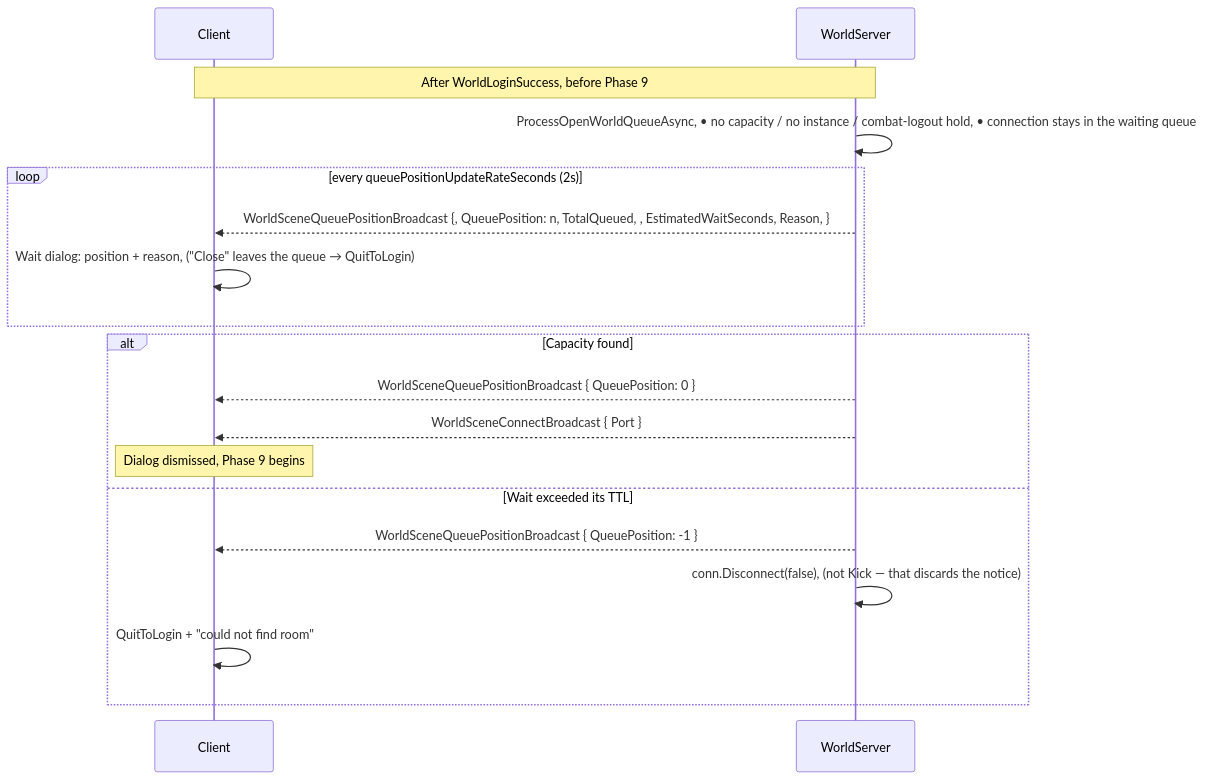
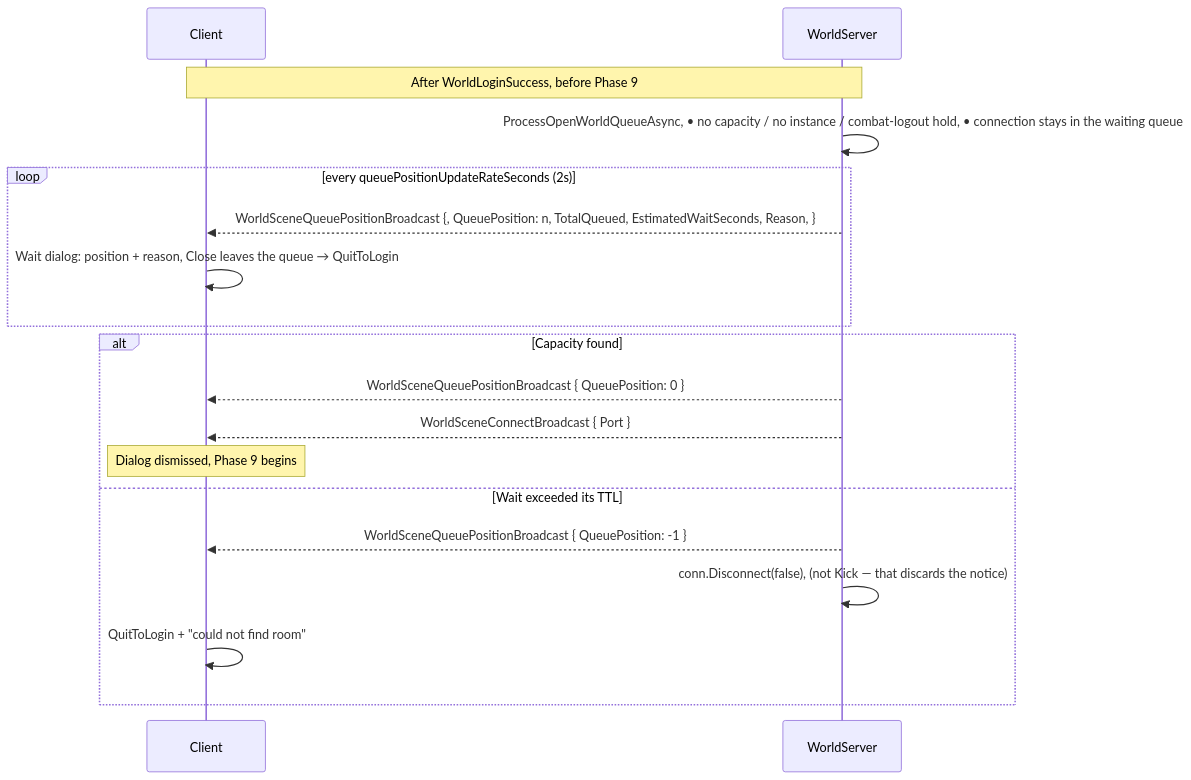
The tenth of 13 diagrams in CONNECTION_PIPELINE.md (jimdroberts/FishMMO), drawn with Mermaid before and after one commit. The commit also changed 27 other files, not shown here.

````diff
--- a/CONNECTION_PIPELINE.md
+++ b/CONNECTION_PIPELINE.md
@@ -573,24 +573,24 @@
 ```mermaid
 sequenceDiagram
     participant Client as Client
     participant World as WorldServer
 
     Note over Client,World: After WorldLoginSuccess, before Phase 9
 
     World->>World: ProcessOpenWorldQueueAsync, • no capacity / no instance / combat-logout hold, • connection stays in the waiting queue
 
     loop every queuePositionUpdateRateSeconds (2s)
-        World-->>Client: WorldSceneQueuePositionBroadcast {, QueuePosition: n, TotalQueued, , EstimatedWaitSeconds, Reason, }
-        Client->>Client: Wait dialog: position + reason, ("Close" leaves the queue → QuitToLogin)
+        World-->>Client: WorldSceneQueuePositionBroadcast {, QueuePosition: n, TotalQueued, EstimatedWaitSeconds, Reason, }
+        Client->>Client: Wait dialog: position + reason, Close leaves the queue → QuitToLogin
     end
 
     alt Capacity found
         World-->>Client: WorldSceneQueuePositionBroadcast { QueuePosition: 0 }
         World-->>Client: WorldSceneConnectBroadcast { Port }
         Note over Client: Dialog dismissed, Phase 9 begins
     else Wait exceeded its TTL
         World-->>Client: WorldSceneQueuePositionBroadcast { QueuePosition: -1 }
         World->>World: conn.Disconnect(false), (not Kick — that discards the notice)
         Client->>Client: QuitToLogin + "could not find room"
     end
 ```
````
